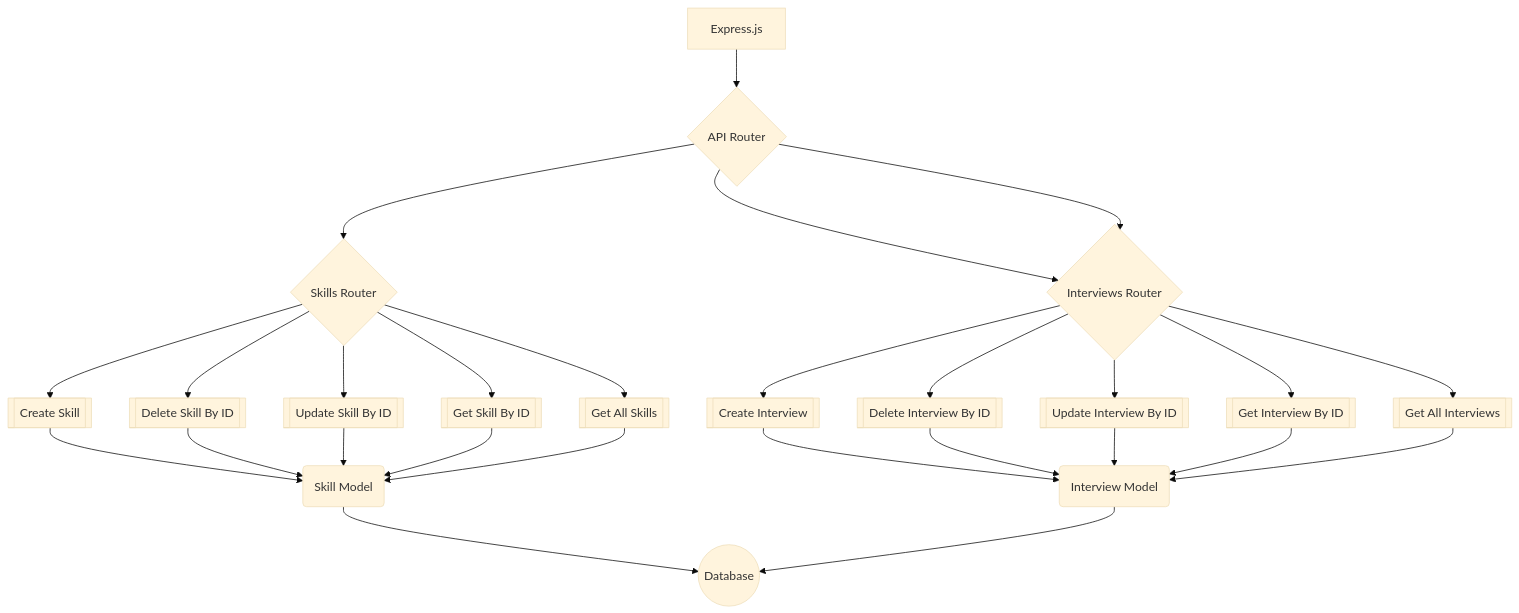
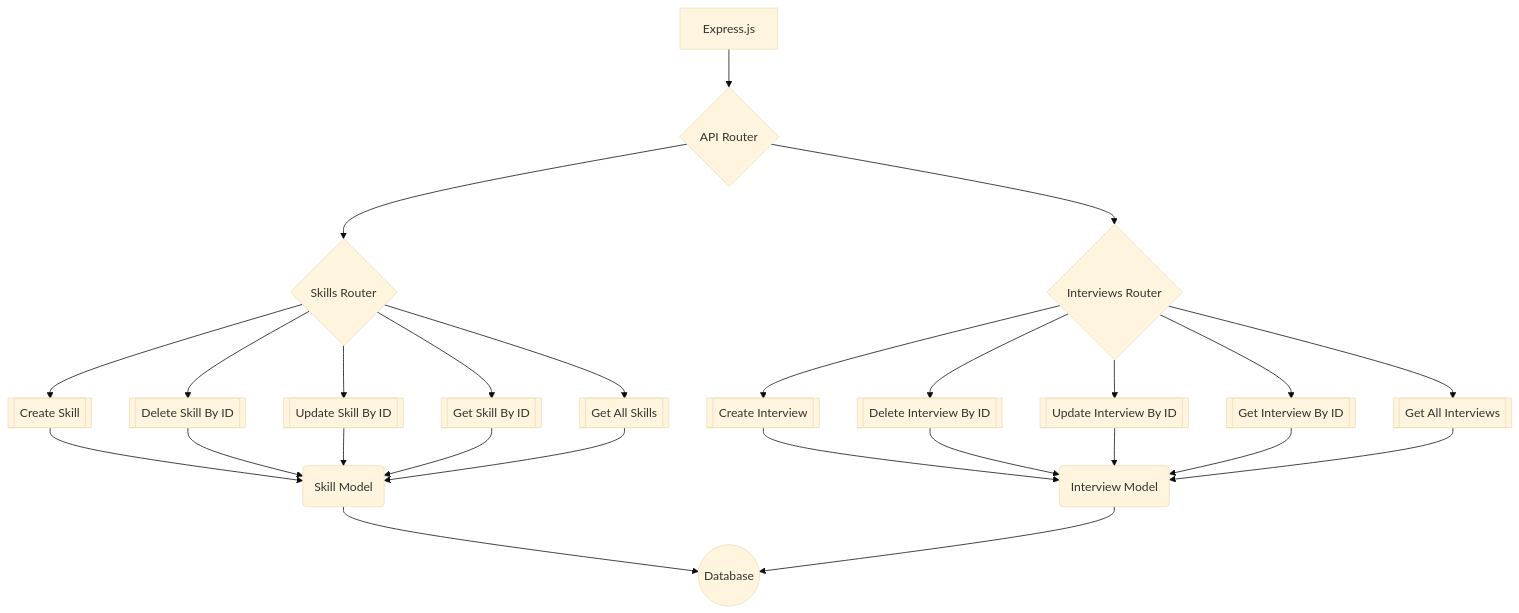
The second of 3 diagrams in README.md (jecc-opensource/retroview), drawn with Mermaid (base theme) before and after one commit.

````diff
--- a/README.md
+++ b/README.md
@@ -16,29 +16,28 @@
 ```mermaid
 graph TD;
   E["Express.js"] --> RA{"API Router"};
   RA --> RI{"Interviews Router"};
   RA --> RS{"Skills Router"};
   RS --> SC[["Create Skill"]];
   RS --> SD[["Delete Skill By ID"]];
   RS --> SU[["Update Skill By ID"]];
   RS --> SG[["Get Skill By ID"]];
   RS --> SGA[["Get All Skills"]];
-  RA --> RI{"Interviews Router"};
   RI --> IC[["Create Interview"]];
   RI --> ID[["Delete Interview By ID"]];
   RI --> IU[["Update Interview By ID"]];
   RI --> IG[["Get Interview By ID"]];
   RI --> IGA[["Get All Interviews"]];
   IC --> IM("Interview Model");
   ID --> IM("Interview Model");
   IU --> IM("Interview Model");
   IG --> IM("Interview Model");
   IGA --> IM("Interview Model");
   SC --> SM("Skill Model");
   SD --> SM
   SU --> SM
   SG --> SM
   SGA --> SM
   SM --> D(("Database"));
   IM --> D;
 ```
````
